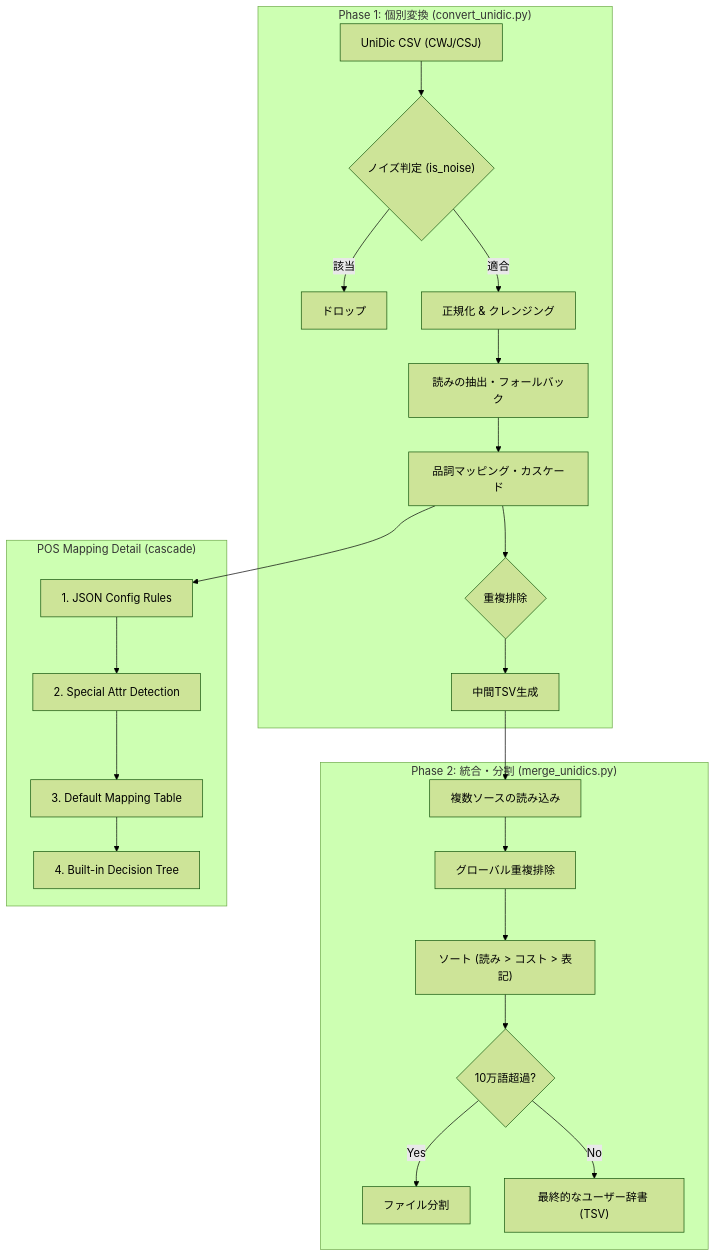
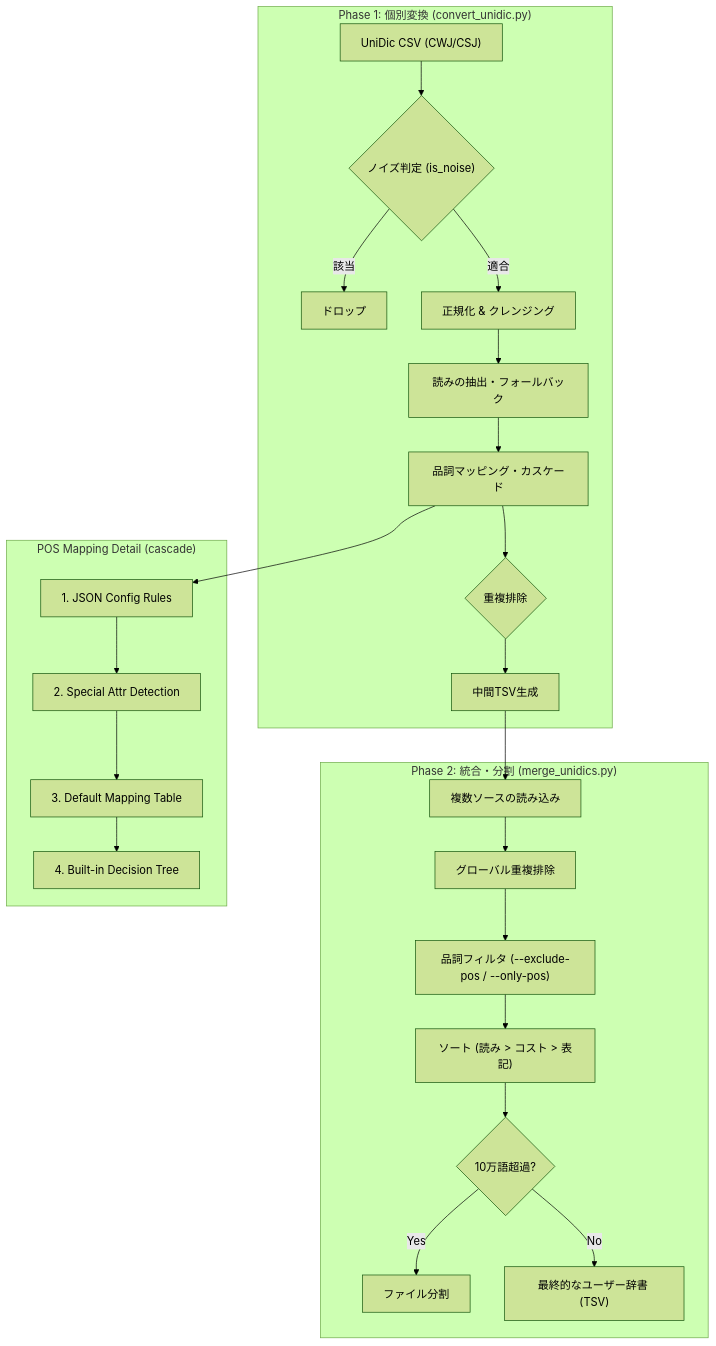
One commit to jassdack/UniDic-to-Mozc changed the diagram in Project.md. Above: the diagram before and after it, drawn with Mermaid (forest theme). The commit also changed other lines of this file and 7 other files, not shown here.

````diff
--- a/Project.md
+++ b/Project.md
@@ -90,28 +90,29 @@
 ```mermaid
 graph TD
     subgraph "Phase 1: 個別変換 (convert_unidic.py)"
         A["UniDic CSV (CWJ/CSJ)"] --> B{"ノイズ判定 (is_noise)"}
         B -- 該当 --> C[ドロップ]
         B -- 適合 --> D["正規化 & クレンジング"]
         D --> E["読みの抽出・フォールバック"]
         E --> F["品詞マッピング・カスケード"]
         F --> G{重複排除}
         G --> H[中間TSV生成]
     end
 
     subgraph "Phase 2: 統合・分割 (merge_unidics.py)"
         H --> I[複数ソースの読み込み]
         I --> J[グローバル重複排除]
-        J --> K["ソート (読み > コスト > 表記)"]
+        J --> JF["品詞フィルタ (--exclude-pos / --only-pos)"]
+        JF --> K["ソート (読み > コスト > 表記)"]
         K --> L{"10万語超過?"}
         L -- Yes --> M[ファイル分割]
         L -- No --> N["最終的なユーザー辞書 (TSV)"]
     end
 
     subgraph "POS Mapping Detail (cascade)"
         F --> F1[1. JSON Config Rules]
         F1 --> F2[2. Special Attr Detection]
         F2 --> F3[3. Default Mapping Table]
         F3 --> F4[4. Built-in Decision Tree]
     end
 ```
````
